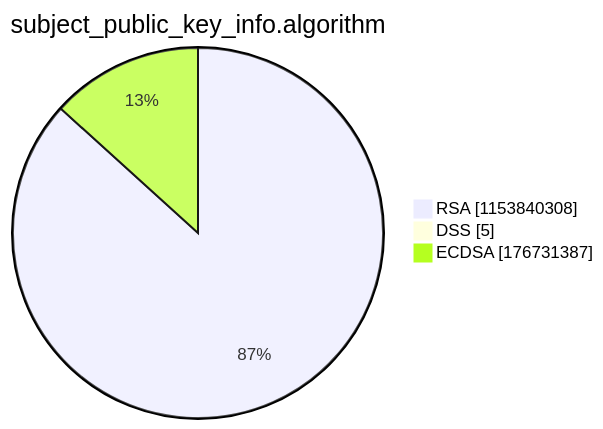
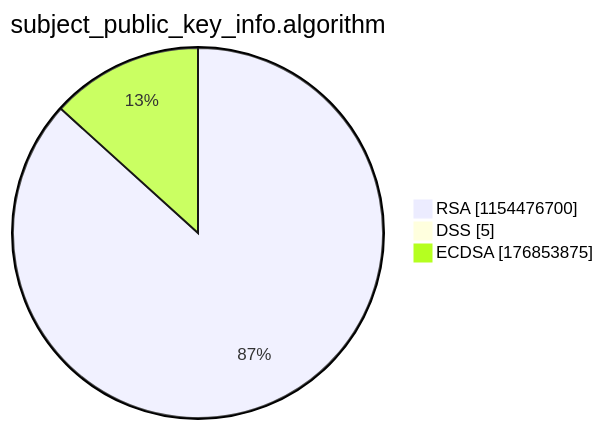
Before and after one commit to christiankrug/ctmonitor_visualization: the third of 15 diagrams in argon2022/README.md, drawn with Mermaid. The commit also changed other lines of this file, not shown here.

````diff
--- a/argon2022/README.md
+++ b/argon2022/README.md
@@ -14,7 +14,7 @@
 ```mermaid
 pie showData
 title subject_public_key_info.algorithm
-"RSA" :1153840308
+"RSA" :1154476700
 "DSS" :5
-"ECDSA" :176731387
+"ECDSA" :176853875
 ```
````
